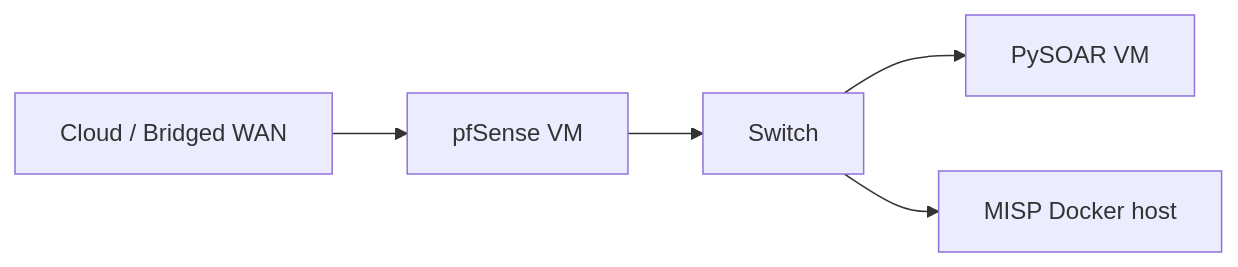
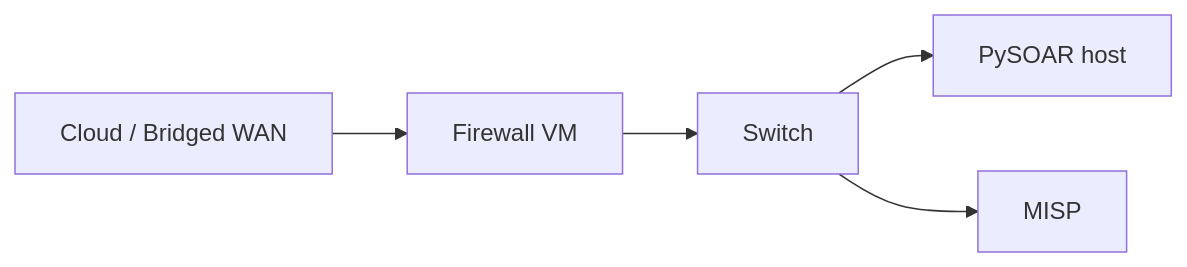
Before and after one commit to brxcybr/pySOAR: the diagram in docs/lab/gns3-topology.md, drawn with Mermaid. The commit also changed other lines of this file, not shown here.

First line of the commit message:
Document Apple Silicon GNS3 + real firewall lab path.

````diff
--- a/docs/lab/gns3-topology.md
+++ b/docs/lab/gns3-topology.md
@@ -7,7 +7,7 @@
 ```mermaid
 flowchart LR
-    WAN[Cloud / Bridged WAN] --> PFS[pfSense VM]
+    WAN[Cloud / Bridged WAN] --> PFS[Firewall VM]
     PFS --> SW[Switch]
-    SW --> PYSOAR[PySOAR VM]
-    SW --> MISP[MISP Docker host]
+    SW --> PYSOAR[PySOAR host]
+    SW --> MISP[MISP]
 ```
````
